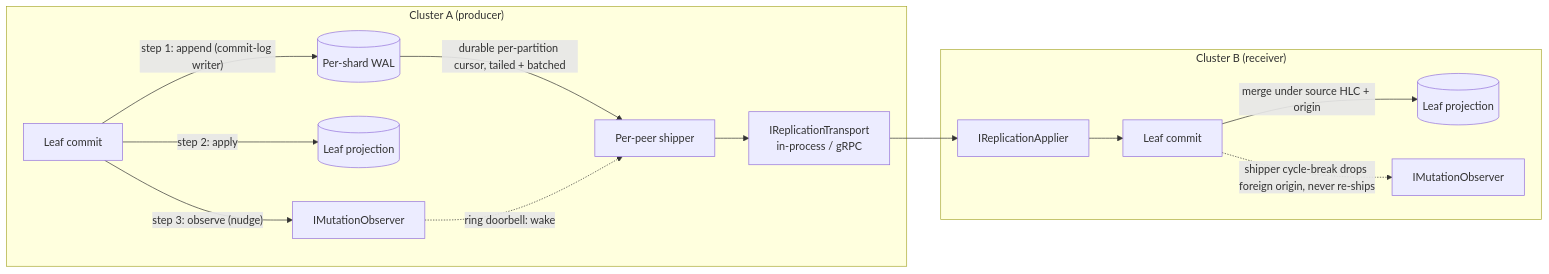
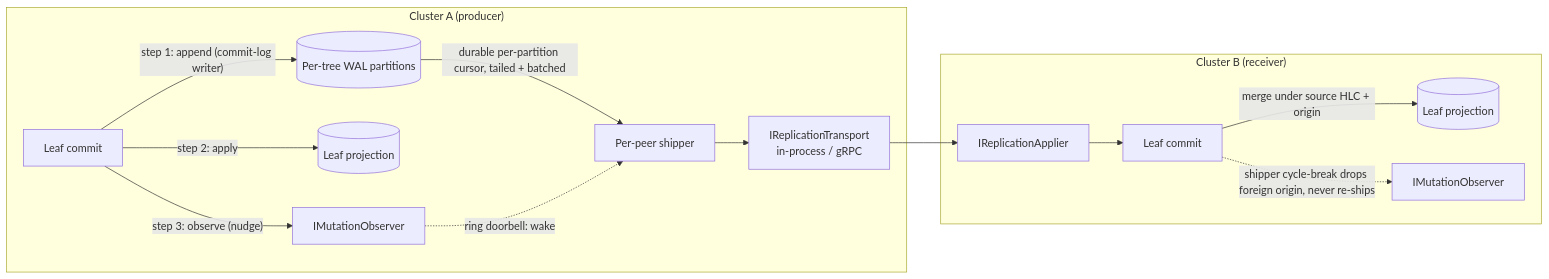
The diagram in docs/lattice.replication/architecture.md (NSTA1/Orleans.Lattice), drawn with Mermaid before and after one commit. The commit also changed other lines of this file and 281 other files, not shown here.

````diff
--- a/docs/lattice.replication/architecture.md
+++ b/docs/lattice.replication/architecture.md
@@ -22,19 +22,19 @@
 ```mermaid
 flowchart LR
     subgraph "Cluster A (producer)"
         Leaf[Leaf commit]
-        Leaf -->|"step 1: append (commit-log writer)"| Wal[(Per-shard WAL)]
+        Leaf -->|"step 1: append (commit-log writer)"| Wal[(Per-tree WAL partitions)]
         Leaf -->|"step 2: apply"| Proj[(Leaf projection)]
         Leaf -->|"step 3: observe (nudge)"| Capture[IMutationObserver]
         Wal -->|"durable per-partition cursor, tailed + batched"| Ship[Per-peer shipper]
         Capture -.->|"ring doorbell: wake"| Ship
         Ship --> Transport[IReplicationTransport<br/>in-process / gRPC]
     end
 
     subgraph "Cluster B (receiver)"
         Transport --> Apply[IReplicationApplier]
         Apply --> LeafB[Leaf commit]
         LeafB -->|"merge under source HLC + origin"| ProjB[(Leaf projection)]
         LeafB -.->|"shipper cycle-break drops foreign origin, never re-ships"| CaptureB[IMutationObserver]
     end
 ```
````
